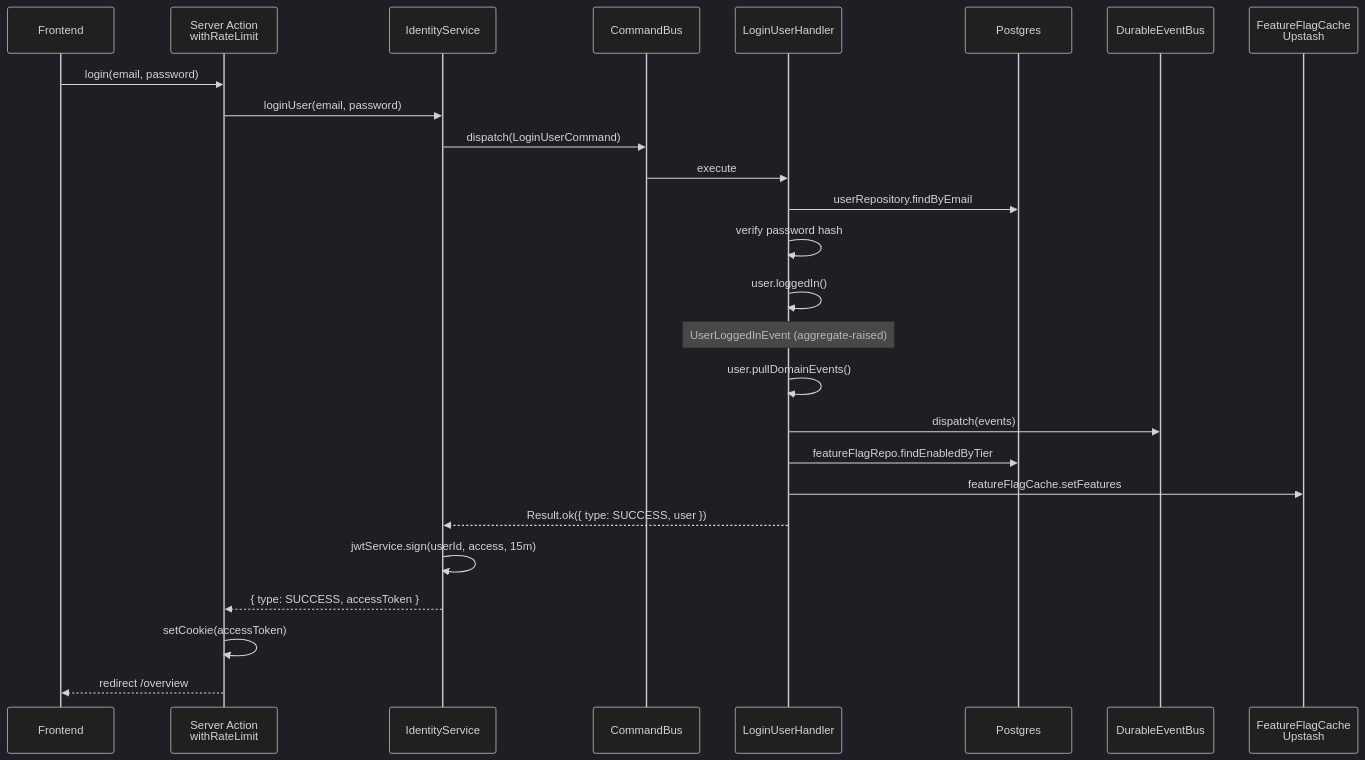
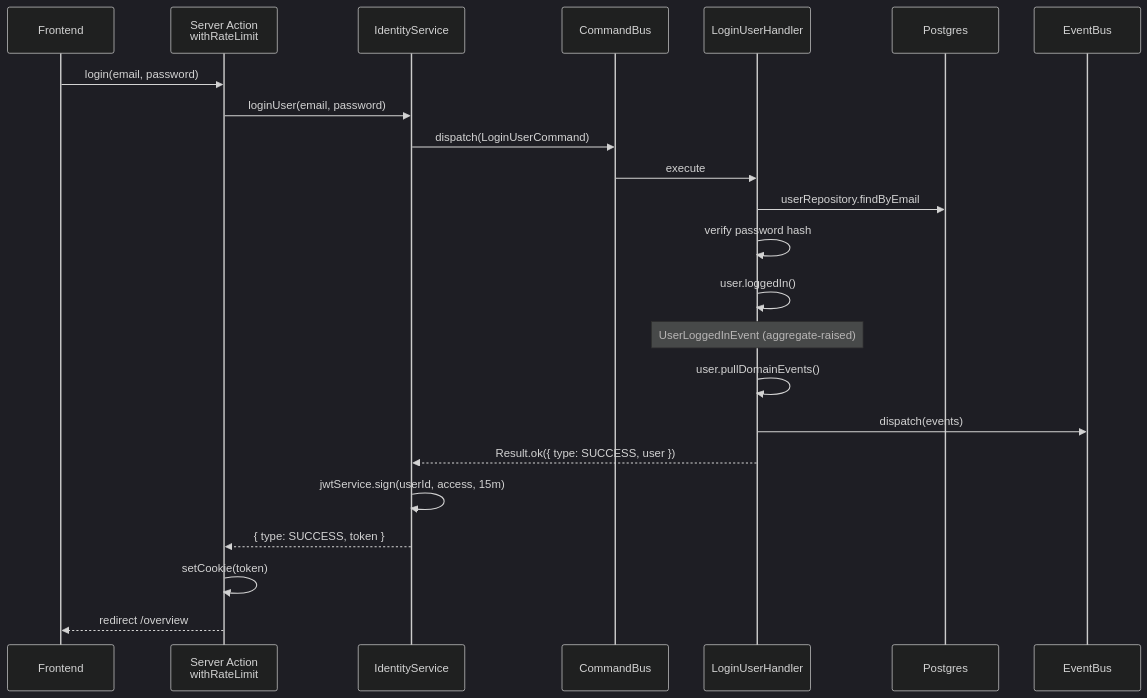
The sixth of 10 diagrams in docs/flows.md (ctsmith2308/ledger), drawn with Mermaid (dark theme) before and after one commit. The commit also changed other lines of this file and 87 other files, not shown here.

````diff
--- a/docs/flows.md
+++ b/docs/flows.md
@@ -196,29 +198,26 @@
 ```mermaid
 sequenceDiagram
     participant UI as Frontend
     participant SA as Server Action<br/>withRateLimit
     participant SVC as IdentityService
     participant CB as CommandBus
     participant LH as LoginUserHandler
     participant DB as Postgres
-    participant EB as DurableEventBus
-    participant FF as FeatureFlagCache<br/>Upstash
+    participant EB as EventBus
 
     UI->>SA: login(email, password)
     SA->>SVC: loginUser(email, password)
     SVC->>CB: dispatch(LoginUserCommand)
     CB->>LH: execute
     LH->>DB: userRepository.findByEmail
     LH->>LH: verify password hash
     LH->>LH: user.loggedIn()
     Note over LH: UserLoggedInEvent (aggregate-raised)
     LH->>LH: user.pullDomainEvents()
     LH->>EB: dispatch(events)
-    LH->>DB: featureFlagRepo.findEnabledByTier
-    LH->>FF: featureFlagCache.setFeatures
     LH-->>SVC: Result.ok({ type: SUCCESS, user })
     SVC->>SVC: jwtService.sign(userId, access, 15m)
-    SVC-->>SA: { type: SUCCESS, accessToken }
-    SA->>SA: setCookie(accessToken)
+    SVC-->>SA: { type: SUCCESS, token }
+    SA->>SA: setCookie(token)
     SA-->>UI: redirect /overview
 ```
````
